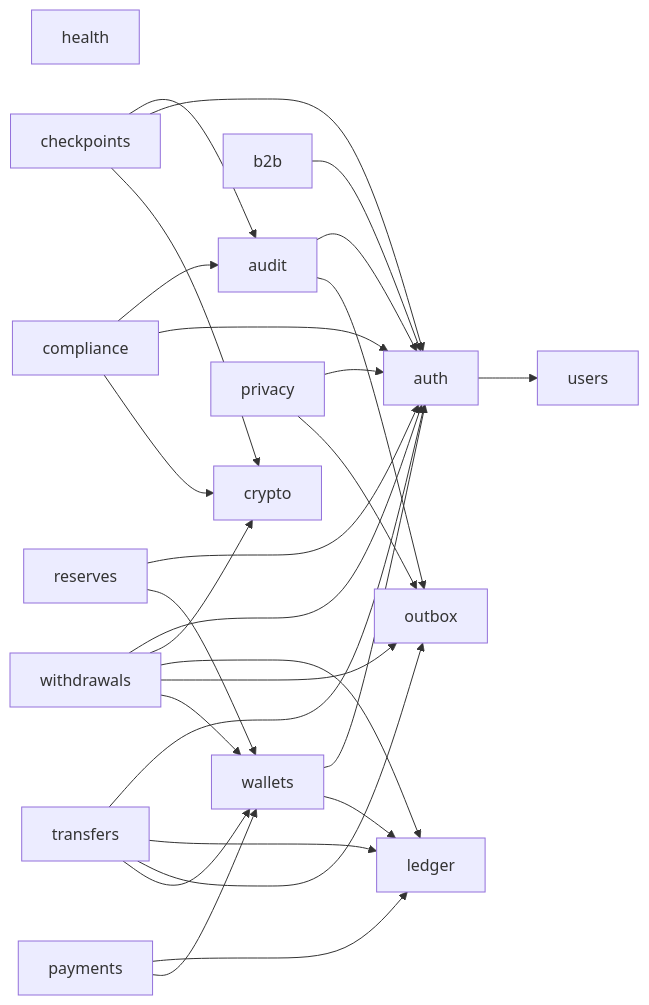
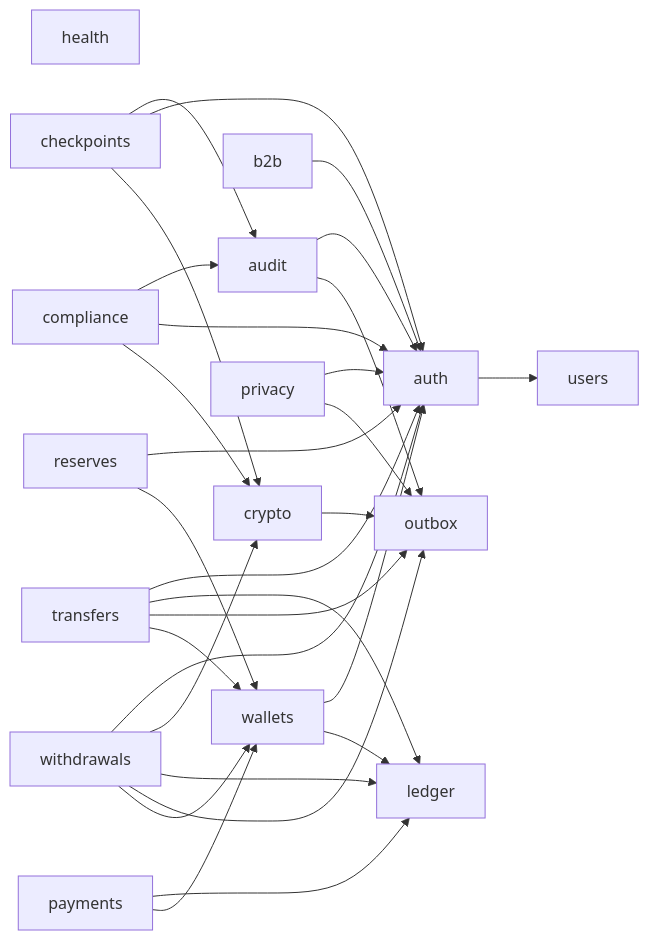
Before and after one commit to AymanNagyAhmed/backend-fintech-cryptographic-monolith: the diagram in docs/modules.md, drawn with Mermaid. The commit also changed other lines of this file and 7 other files, not shown here.

````diff
--- a/docs/modules.md
+++ b/docs/modules.md
@@ -7,31 +7,32 @@
 ```mermaid
 flowchart LR
   health["health"]
   audit["audit"] --> auth["auth"]
   audit["audit"] --> outbox["outbox"]
   auth["auth"] --> users["users"]
   b2b["b2b"] --> auth["auth"]
   checkpoints["checkpoints"] --> audit["audit"]
   checkpoints["checkpoints"] --> auth["auth"]
   checkpoints["checkpoints"] --> crypto["crypto"]
   compliance["compliance"] --> audit["audit"]
   compliance["compliance"] --> auth["auth"]
   compliance["compliance"] --> crypto["crypto"]
+  crypto["crypto"] --> outbox["outbox"]
   payments["payments"] --> ledger["ledger"]
   payments["payments"] --> wallets["wallets"]
   privacy["privacy"] --> auth["auth"]
   privacy["privacy"] --> outbox["outbox"]
   reserves["reserves"] --> auth["auth"]
   reserves["reserves"] --> wallets["wallets"]
   transfers["transfers"] --> auth["auth"]
   transfers["transfers"] --> ledger["ledger"]
   transfers["transfers"] --> outbox["outbox"]
   transfers["transfers"] --> wallets["wallets"]
   wallets["wallets"] --> auth["auth"]
   wallets["wallets"] --> ledger["ledger"]
   withdrawals["withdrawals"] --> auth["auth"]
   withdrawals["withdrawals"] --> crypto["crypto"]
   withdrawals["withdrawals"] --> ledger["ledger"]
   withdrawals["withdrawals"] --> outbox["outbox"]
   withdrawals["withdrawals"] --> wallets["wallets"]
 ```
````
